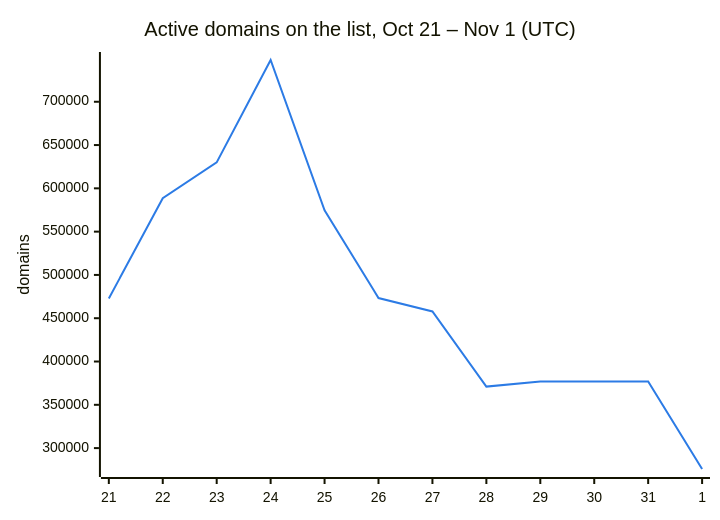
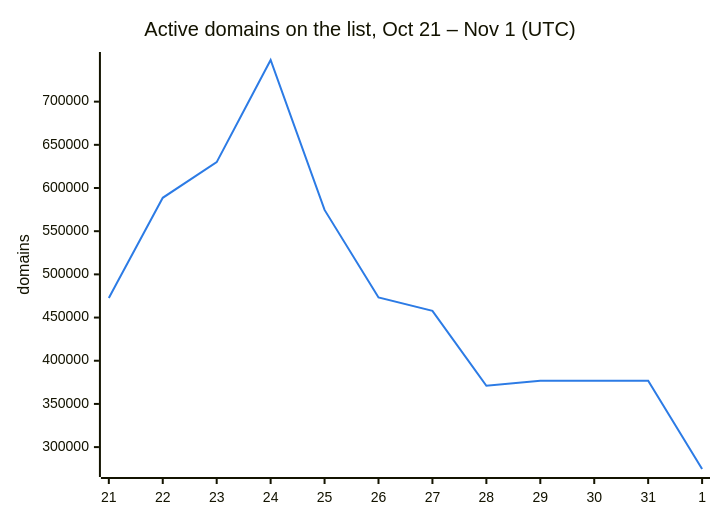
The second of 3 diagrams in README.md (DNSBunker/CTI), drawn with Mermaid before and after one commit. The commit also changed other lines of this file and 3 other files, not shown here.

````diff
--- a/README.md
+++ b/README.md
@@ -38,8 +38,8 @@
 ```mermaid
 %%{init: {"themeVariables": {"xyChart": {"plotColorPalette": "#2c7be5"}}}}%%
 xychart-beta
     title "Active domains on the list, Oct 21 – Nov 1 (UTC)"
     x-axis ["21", "22", "23", "24", "25", "26", "27", "28", "29", "30", "31", "1"]
     y-axis "domains"
-    line [472713, 588659, 629951, 748222, 574614, 473331, 457795, 371010, 376945, 376945, 376945, 275867]
+    line [472713, 588659, 629951, 748222, 574614, 473331, 457795, 371010, 376945, 376945, 376945, 274647]
 ```
````
